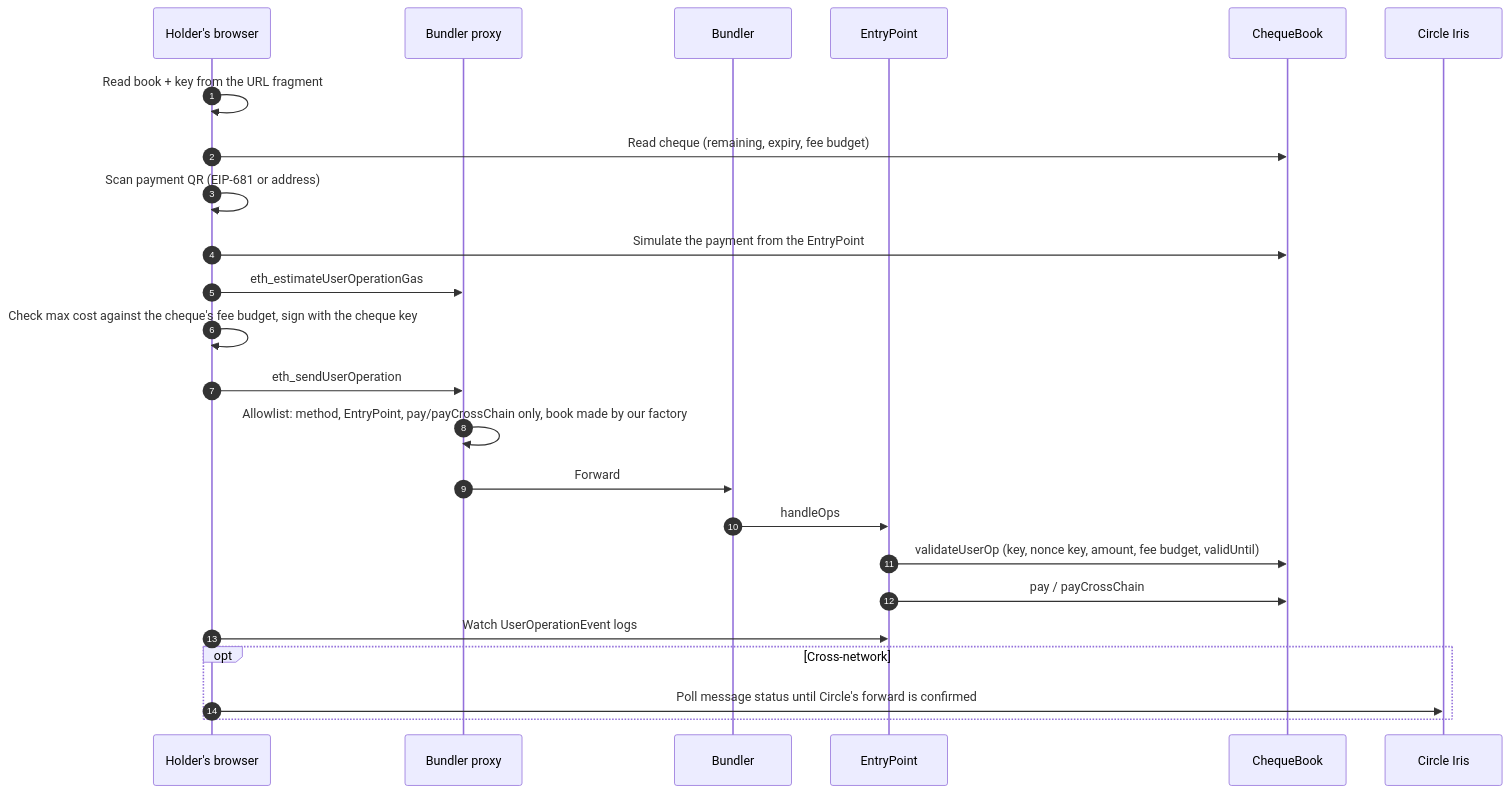
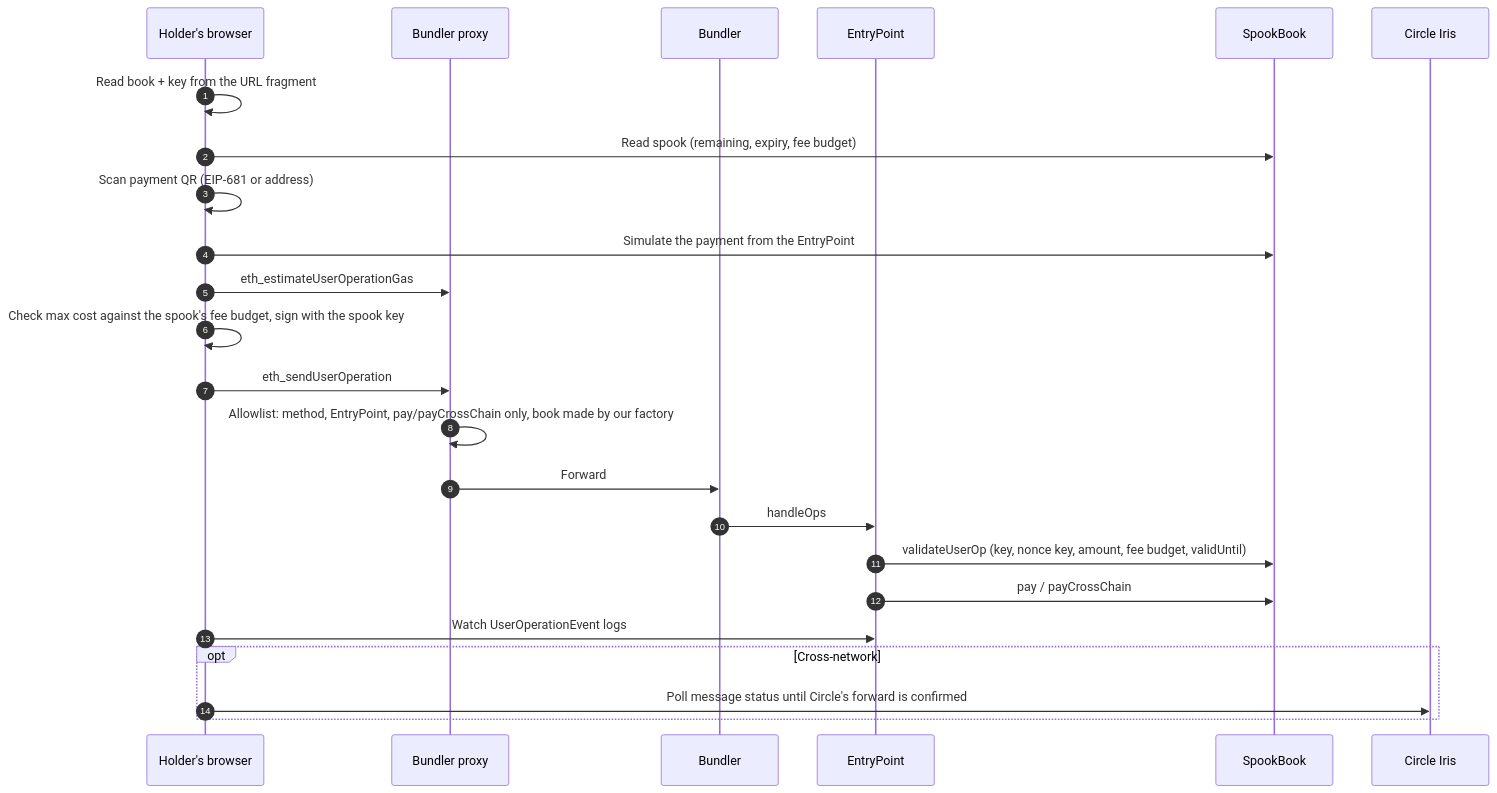
Before and after one commit to emeieiron/spookly: the second of 2 diagrams in README.md, drawn with Mermaid. The commit also changed other lines of this file and 87 other files, not shown here.

````diff
--- a/README.md
+++ b/README.md
@@ -157,27 +157,27 @@
 ```mermaid
 sequenceDiagram
     autonumber
     participant H as Holder's browser
     participant R as Bundler proxy
     participant B as Bundler
     participant E as EntryPoint
-    participant CB as ChequeBook
+    participant CB as SpookBook
     participant I as Circle Iris
 
     H->>H: Read book + key from the URL fragment
-    H->>CB: Read cheque (remaining, expiry, fee budget)
+    H->>CB: Read spook (remaining, expiry, fee budget)
     H->>H: Scan payment QR (EIP-681 or address)
     H->>CB: Simulate the payment from the EntryPoint
     H->>R: eth_estimateUserOperationGas
-    H->>H: Check max cost against the cheque's fee budget, sign with the cheque key
+    H->>H: Check max cost against the spook's fee budget, sign with the spook key
     H->>R: eth_sendUserOperation
     R->>R: Allowlist: method, EntryPoint, pay/payCrossChain only, book made by our factory
     R->>B: Forward
     B->>E: handleOps
     E->>CB: validateUserOp (key, nonce key, amount, fee budget, validUntil)
     E->>CB: pay / payCrossChain
     H->>E: Watch UserOperationEvent logs
     opt Cross-network
         H->>I: Poll message status until Circle's forward is confirmed
     end
 ```
````
